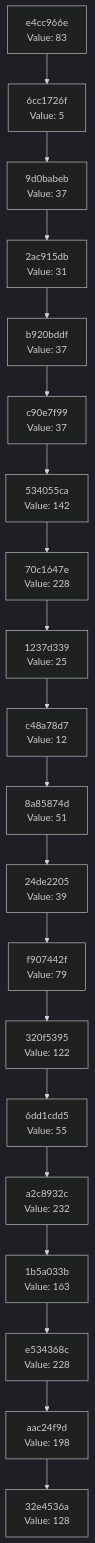
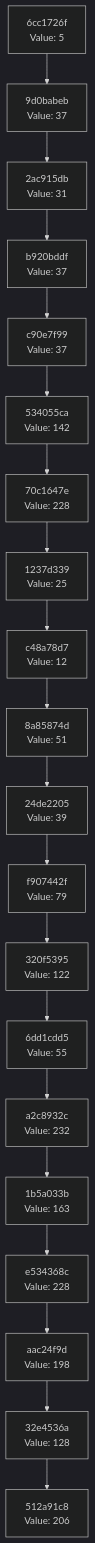
The diagram in docs/CHAIN_VISUALIZATION.md (Abhisheksinha1506/hash-chain-evolver), drawn with Mermaid (dark theme) before and after one commit. The commit also changed 2 other files, not shown here.

Commit message:
Evolution step: hash 0xCE → action executed

````diff
--- a/docs/CHAIN_VISUALIZATION.md
+++ b/docs/CHAIN_VISUALIZATION.md
@@ -3,42 +3,42 @@
 ```mermaid
 graph TD
-    C0["32e4536a<br/>Value: 128"]
-    C1["aac24f9d<br/>Value: 198"]
+    C0["512a91c8<br/>Value: 206"]
+    C1["32e4536a<br/>Value: 128"]
     C1 --> C0
-    C2["e534368c<br/>Value: 228"]
+    C2["aac24f9d<br/>Value: 198"]
     C2 --> C1
-    C3["1b5a033b<br/>Value: 163"]
+    C3["e534368c<br/>Value: 228"]
     C3 --> C2
-    C4["a2c8932c<br/>Value: 232"]
+    C4["1b5a033b<br/>Value: 163"]
     C4 --> C3
-    C5["6dd1cdd5<br/>Value: 55"]
+    C5["a2c8932c<br/>Value: 232"]
     C5 --> C4
-    C6["320f5395<br/>Value: 122"]
+    C6["6dd1cdd5<br/>Value: 55"]
     C6 --> C5
-    C7["f907442f<br/>Value: 79"]
+    C7["320f5395<br/>Value: 122"]
     C7 --> C6
-    C8["24de2205<br/>Value: 39"]
+    C8["f907442f<br/>Value: 79"]
     C8 --> C7
-    C9["8a85874d<br/>Value: 51"]
+    C9["24de2205<br/>Value: 39"]
     C9 --> C8
-    C10["c48a78d7<br/>Value: 12"]
+    C10["8a85874d<br/>Value: 51"]
     C10 --> C9
-    C11["1237d339<br/>Value: 25"]
+    C11["c48a78d7<br/>Value: 12"]
     C11 --> C10
-    C12["70c1647e<br/>Value: 228"]
+    C12["1237d339<br/>Value: 25"]
     C12 --> C11
-    C13["534055ca<br/>Value: 142"]
+    C13["70c1647e<br/>Value: 228"]
     C13 --> C12
-    C14["c90e7f99<br/>Value: 37"]
+    C14["534055ca<br/>Value: 142"]
     C14 --> C13
-    C15["b920bddf<br/>Value: 37"]
+    C15["c90e7f99<br/>Value: 37"]
     C15 --> C14
-    C16["2ac915db<br/>Value: 31"]
+    C16["b920bddf<br/>Value: 37"]
     C16 --> C15
-    C17["9d0babeb<br/>Value: 37"]
+    C17["2ac915db<br/>Value: 31"]
     C17 --> C16
-    C18["6cc1726f<br/>Value: 5"]
+    C18["9d0babeb<br/>Value: 37"]
     C18 --> C17
-    C19["e4cc966e<br/>Value: 83"]
+    C19["6cc1726f<br/>Value: 5"]
     C19 --> C18
 ```
````
